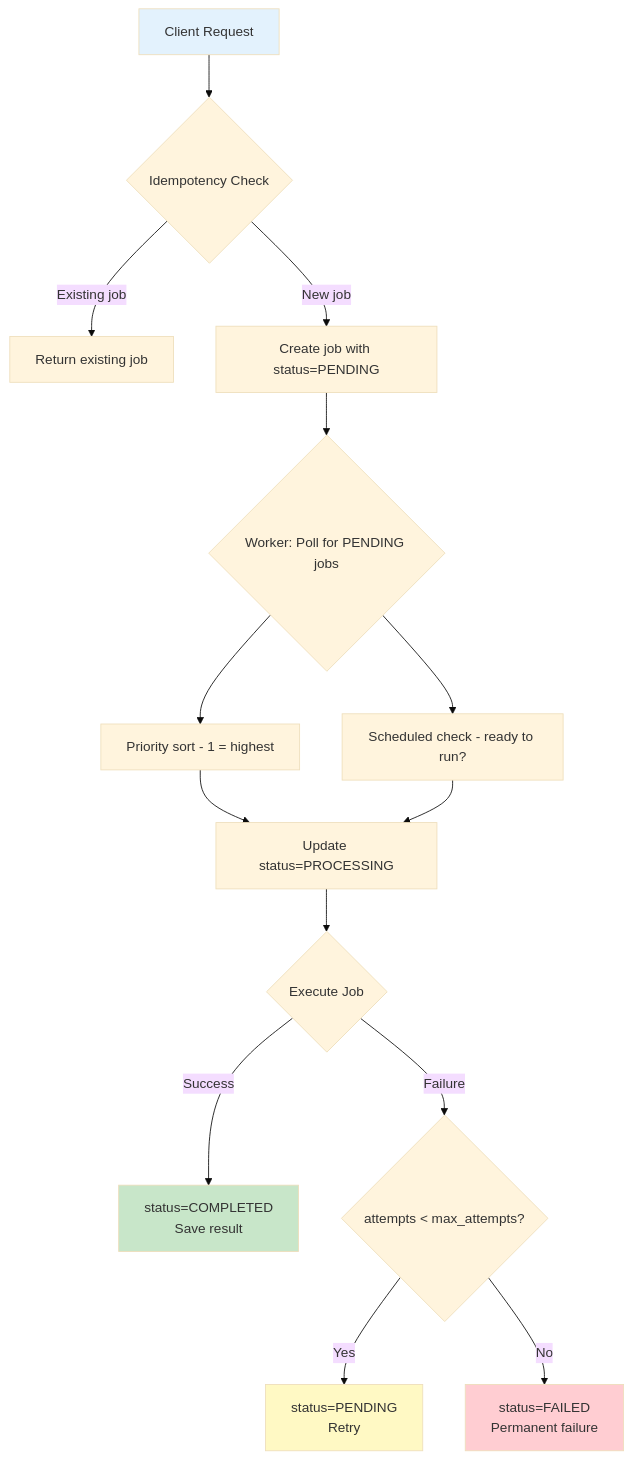
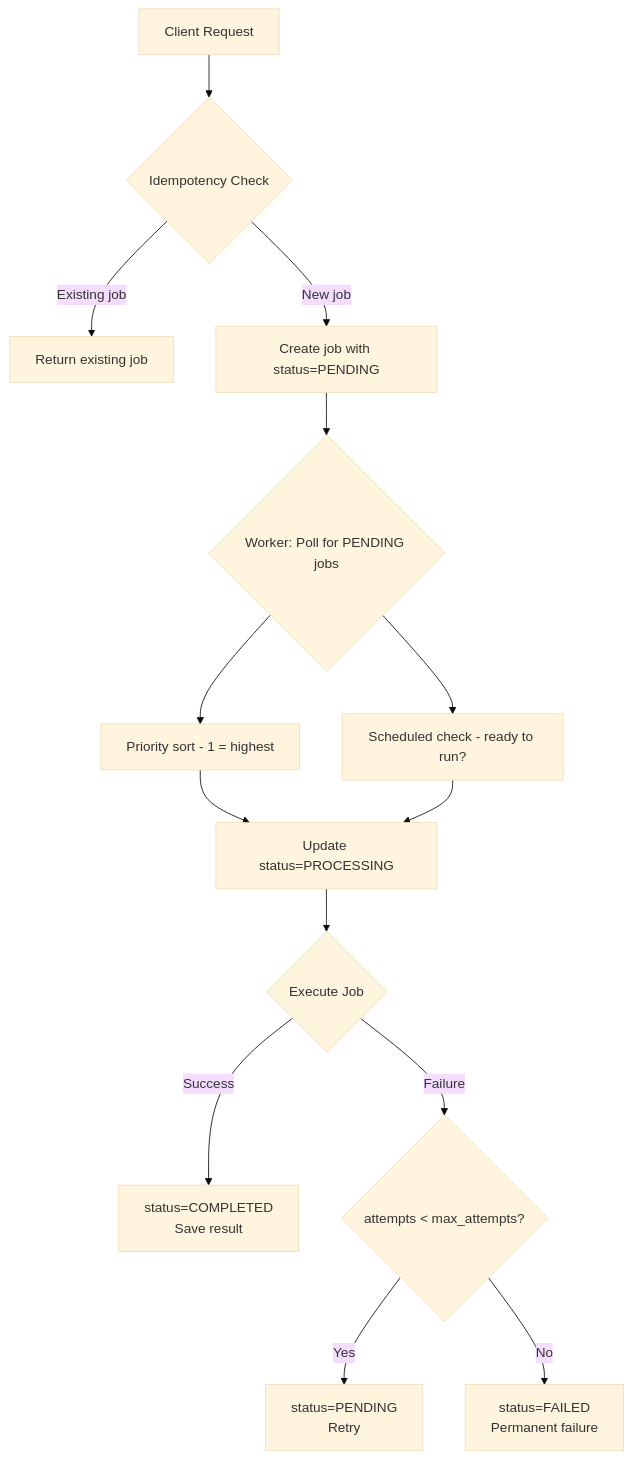
The second of 3 diagrams in README.md (Hgaffa/Reliable-Event-Processing-Service), drawn with Mermaid (base theme) before and after one commit. The commit also changed other lines of this file, not shown here.

````diff
--- a/README.md
+++ b/README.md
@@ -84,21 +78,16 @@
 ```mermaid
 graph TD
     A[Client Request] --> B{Idempotency Check}
     B -->|Existing job| C[Return existing job]
     B -->|New job| D[Create job with status=PENDING]
     D --> E{Worker: Poll for PENDING jobs}
     E --> F[Priority sort - 1 = highest]
     E --> G[Scheduled check - ready to run?]
     F --> H[Update status=PROCESSING]
     G --> H
     H --> I{Execute Job}
     I -->|Success| J[status=COMPLETED<br/>Save result]
     I -->|Failure| K{attempts < max_attempts?}
     K -->|Yes| L[status=PENDING<br/>Retry]
     K -->|No| M[status=FAILED<br/>Permanent failure]
-    
-    style A fill:#e3f2fd
-    style J fill:#c8e6c9
-    style M fill:#ffcdd2
-    style L fill:#fff9c4
 ```
````
